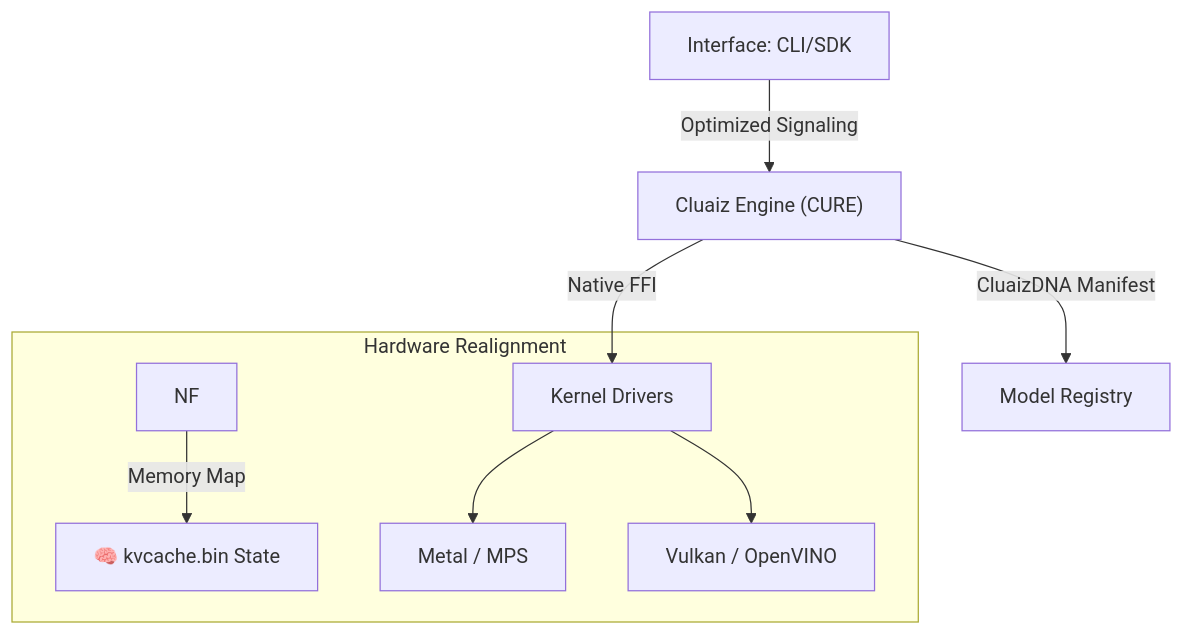
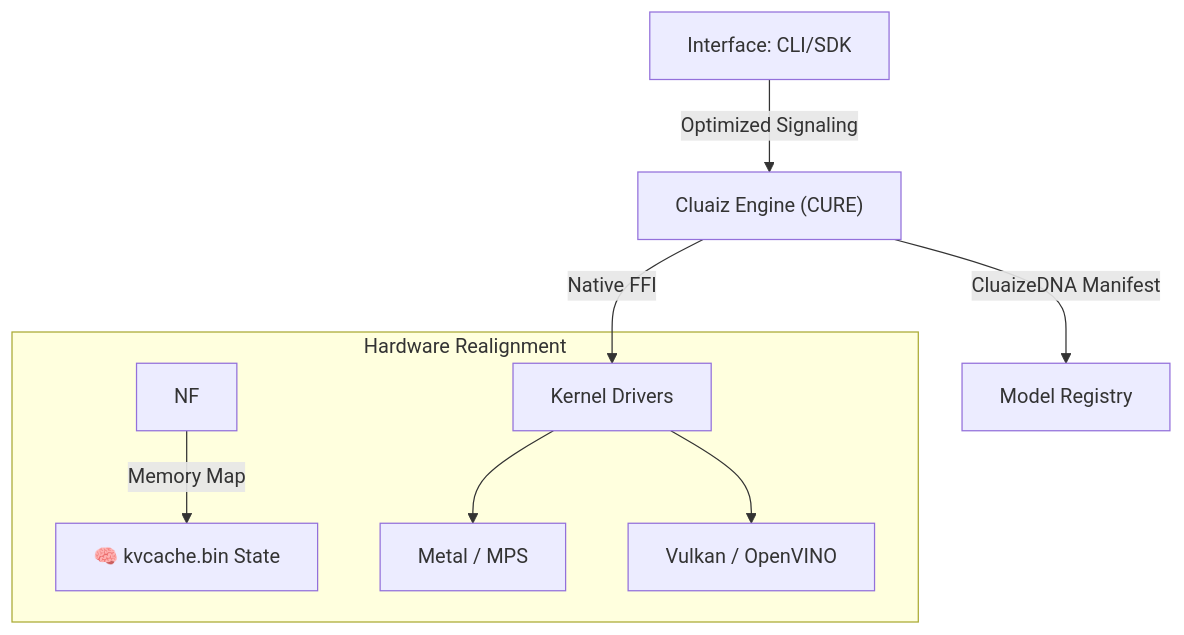
One commit to ayan-kushwaha/Cluaiz- changed the diagram in README.md. Above: the diagram before and after it, drawn with Mermaid. The commit also changed other lines of this file and 228 other files, not shown here.

````diff
--- a/README.md
+++ b/README.md
@@ -91,12 +98,12 @@
 ```mermaid
 graph TD
     A[Interface: CLI/SDK] -- "Optimized Signaling" --> B["Cluaiz Engine (CURE)"]
-    B -- "CluaizDNA Manifest" --> C[Model Registry]
+    B -- "CluaizeDNA Manifest" --> C[Model Registry]
     B -- "Native FFI" --> D[Kernel Drivers]
     
     subgraph "Hardware Realignment"
         NF -->|Memory Map| S["🧠 kvcache.bin State"]
         D --> D2[Metal / MPS]
         D --> D3[Vulkan / OpenVINO]
     end
 ```
````
